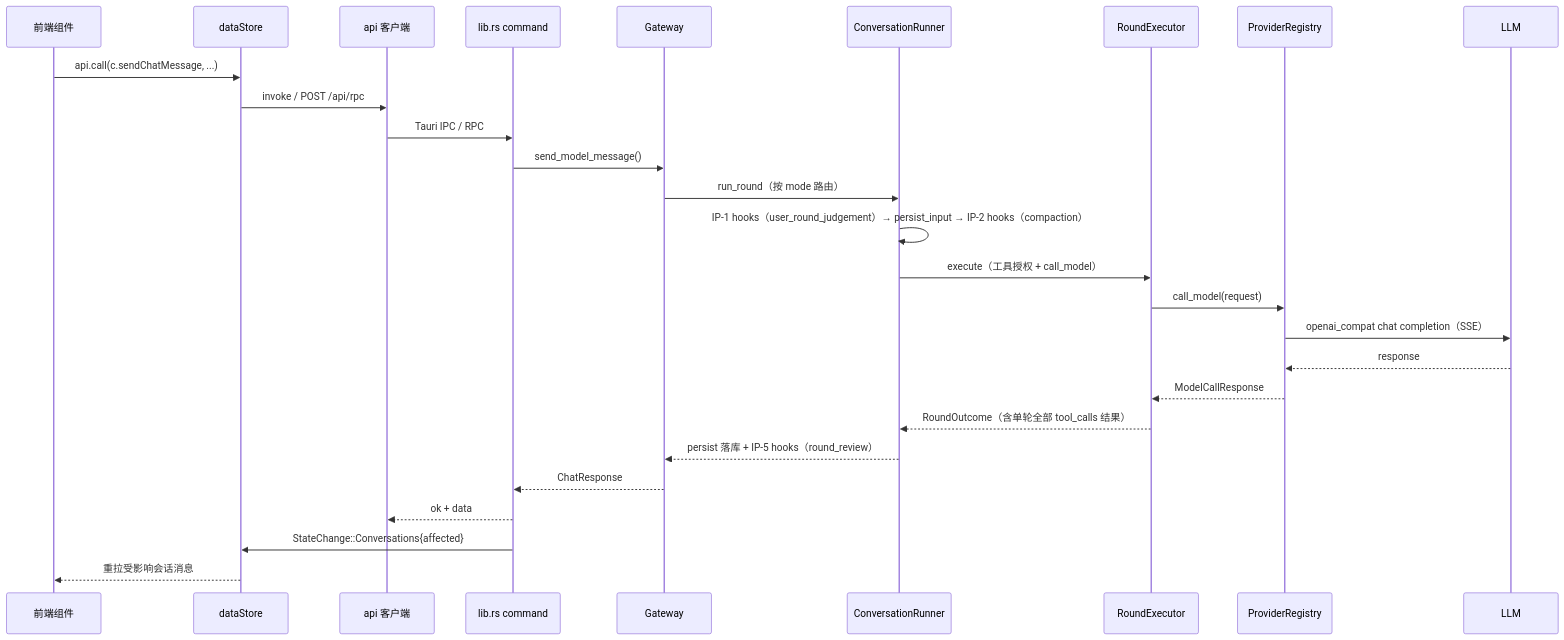
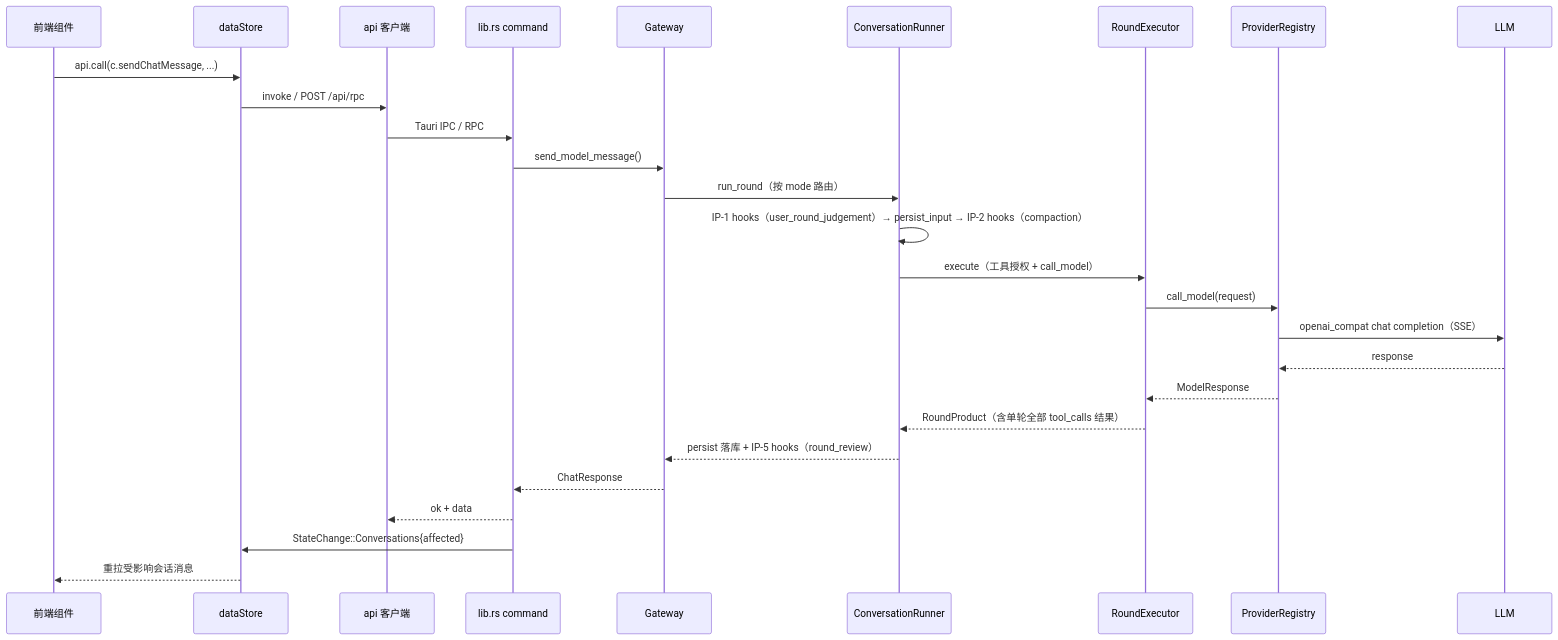
One commit to luoanb/new-start changed the third of 5 diagrams in docs/pulsar/architecture.md. Above: the diagram before and after it, drawn with Mermaid. The commit also changed other lines of this file and 135 other files, not shown here.

````diff
--- a/docs/pulsar/architecture.md
+++ b/docs/pulsar/architecture.md
@@ -373,30 +396,30 @@
 ```mermaid
 sequenceDiagram
   participant UI as 前端组件
   participant DS as dataStore
   participant A as api 客户端
   participant C as lib.rs command
   participant G as Gateway
   participant R as ConversationRunner
   participant E as RoundExecutor
   participant P as ProviderRegistry
   participant LLM as LLM
 
   UI->>DS: api.call(c.sendChatMessage, ...)
   DS->>A: invoke / POST /api/rpc
   A->>C: Tauri IPC / RPC
   C->>G: send_model_message()
   G->>R: run_round（按 mode 路由）
   R->>R: IP-1 hooks（user_round_judgement）→ persist_input → IP-2 hooks（compaction）
   R->>E: execute（工具授权 + call_model）
   E->>P: call_model(request)
   P->>LLM: openai_compat chat completion（SSE）
   LLM-->>P: response
-  P-->>E: ModelCallResponse
-  E-->>R: RoundOutcome（含单轮全部 tool_calls 结果）
+  P-->>E: ModelResponse
+  E-->>R: RoundProduct（含单轮全部 tool_calls 结果）
   R-->>G: persist 落库 + IP-5 hooks（round_review）
   G-->>C: ChatResponse
   C-->>A: ok + data
   C->>DS: StateChange::Conversations{affected}
   DS-->>UI: 重拉受影响会话消息
 ```
````
